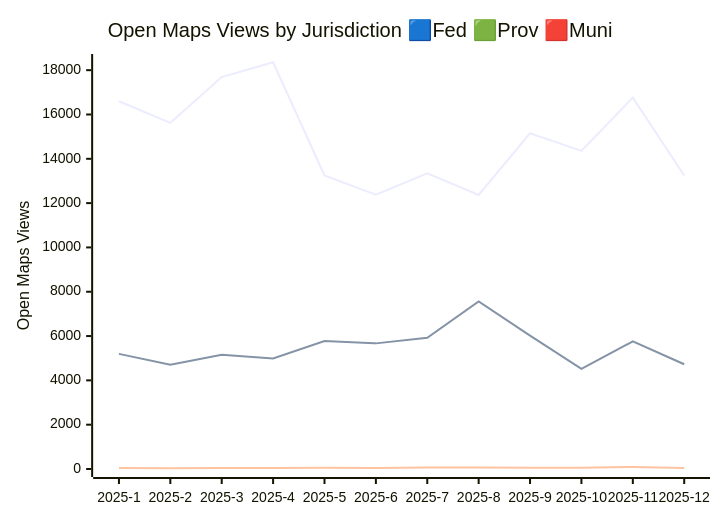
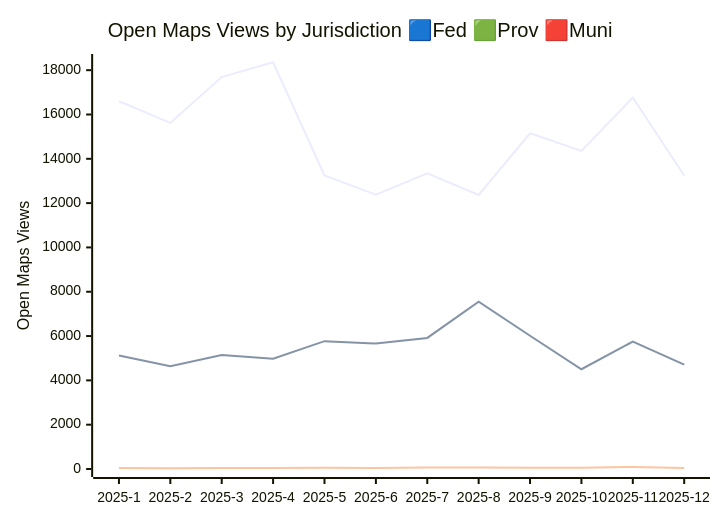
The third of 3 diagrams in JURISDICTION_ANALYTICS_REPORT/readme.md (open-data/analytics-corporate-reporting), drawn with Mermaid before and after one commit. The commit also changed other lines of this file and 3 other files, not shown here.

````diff
--- a/JURISDICTION_ANALYTICS_REPORT/readme.md
+++ b/JURISDICTION_ANALYTICS_REPORT/readme.md
@@ -41,10 +41,10 @@
 ```mermaid
 
 xychart-beta
     title "Open Maps Views by Jurisdiction 🟦Fed 🟩Prov 🟥Muni"
     x-axis [2025-1, 2025-2, 2025-3, 2025-4, 2025-5, 2025-6, 2025-7, 2025-8, 2025-9, 2025-10, 2025-11, 2025-12]
     y-axis "Open Maps Views" 0 --> 18369
     line [16596, 15623, 17687, 18359, 13250, 12379, 13343, 12366, 15153, 14355, 16762, 13244]
-    line [5195, 4701, 5151, 4987, 5778, 5670, 5923, 7558, 6018, 4516, 5760, 4726]
-    line [48, 38, 45, 41, 52, 45, 69, 68, 61, 52, 94, 49]
+    line [5120, 4639, 5141, 4978, 5770, 5662, 5916, 7550, 6013, 4503, 5751, 4711]
+    line [47, 38, 44, 41, 52, 45, 69, 67, 61, 52, 94, 49]
 ```
````
